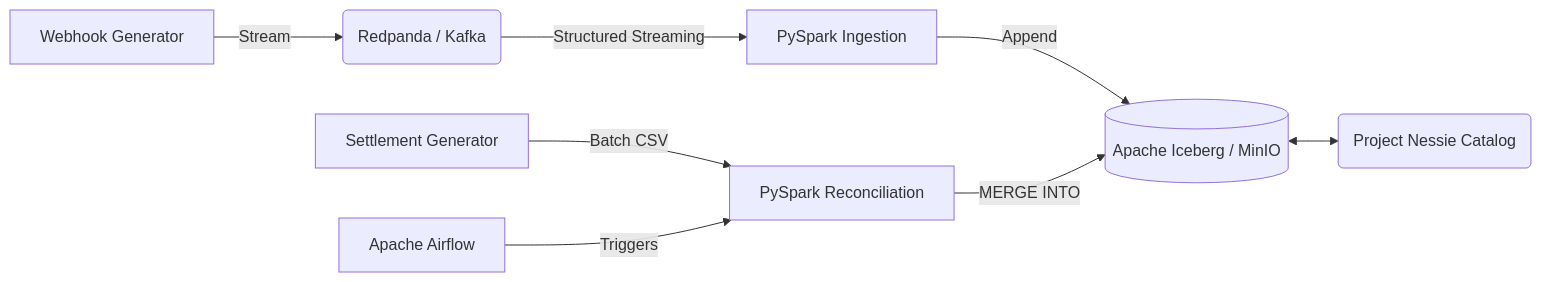
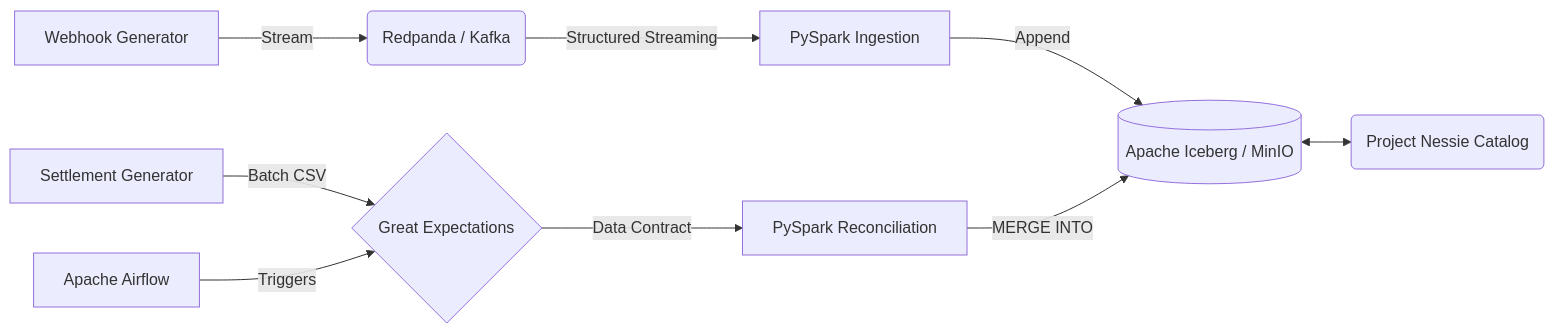
Before and after one commit to DhanushPillay/tx-recon: the diagram in README.md, drawn with Mermaid. The commit also changed other lines of this file, not shown here.

````diff
--- a/README.md
+++ b/README.md
@@ -24,12 +24,13 @@
 ```mermaid
 flowchart LR
     A[Webhook Generator] -->|Stream| B(Redpanda / Kafka)
     B -->|Structured Streaming| C[PySpark Ingestion]
     C -->|Append| D[(Apache Iceberg / MinIO)]
     
-    E[Settlement Generator] -->|Batch CSV| F[PySpark Reconciliation]
+    E[Settlement Generator] -->|Batch CSV| V{Great Expectations}
+    V -->|Data Contract| F[PySpark Reconciliation]
     F -->|MERGE INTO| D
     
-    G[Apache Airflow] -->|Triggers| F
+    G[Apache Airflow] -->|Triggers| V
     D <--> H(Project Nessie Catalog)
 ```
````
